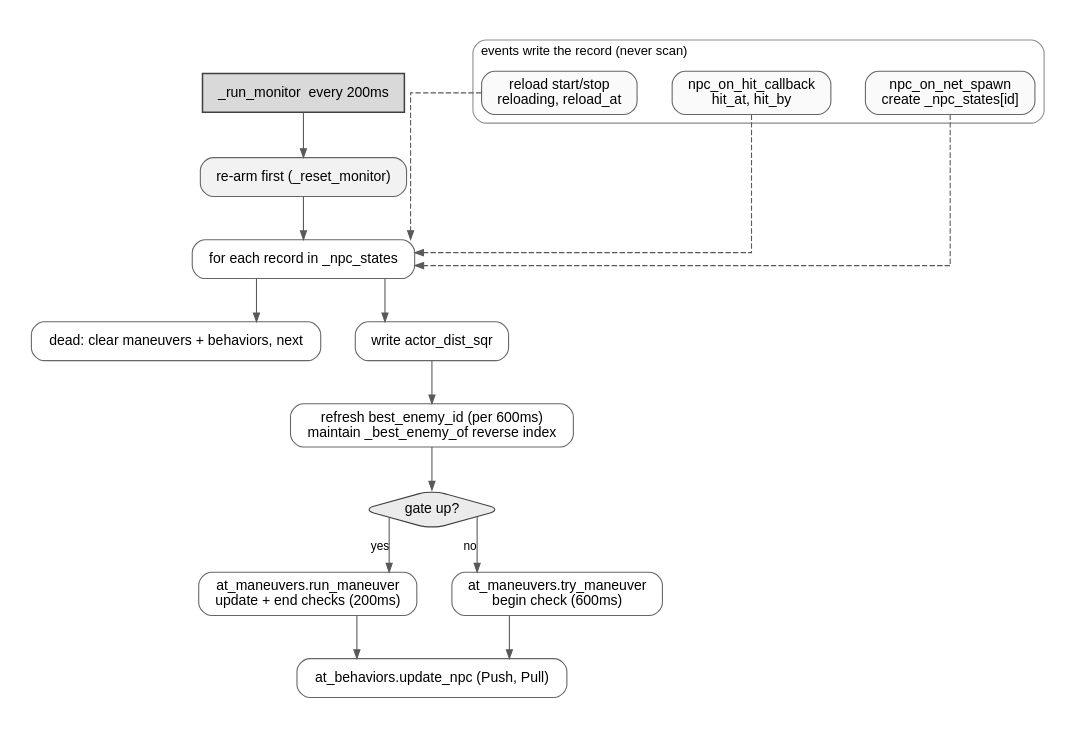
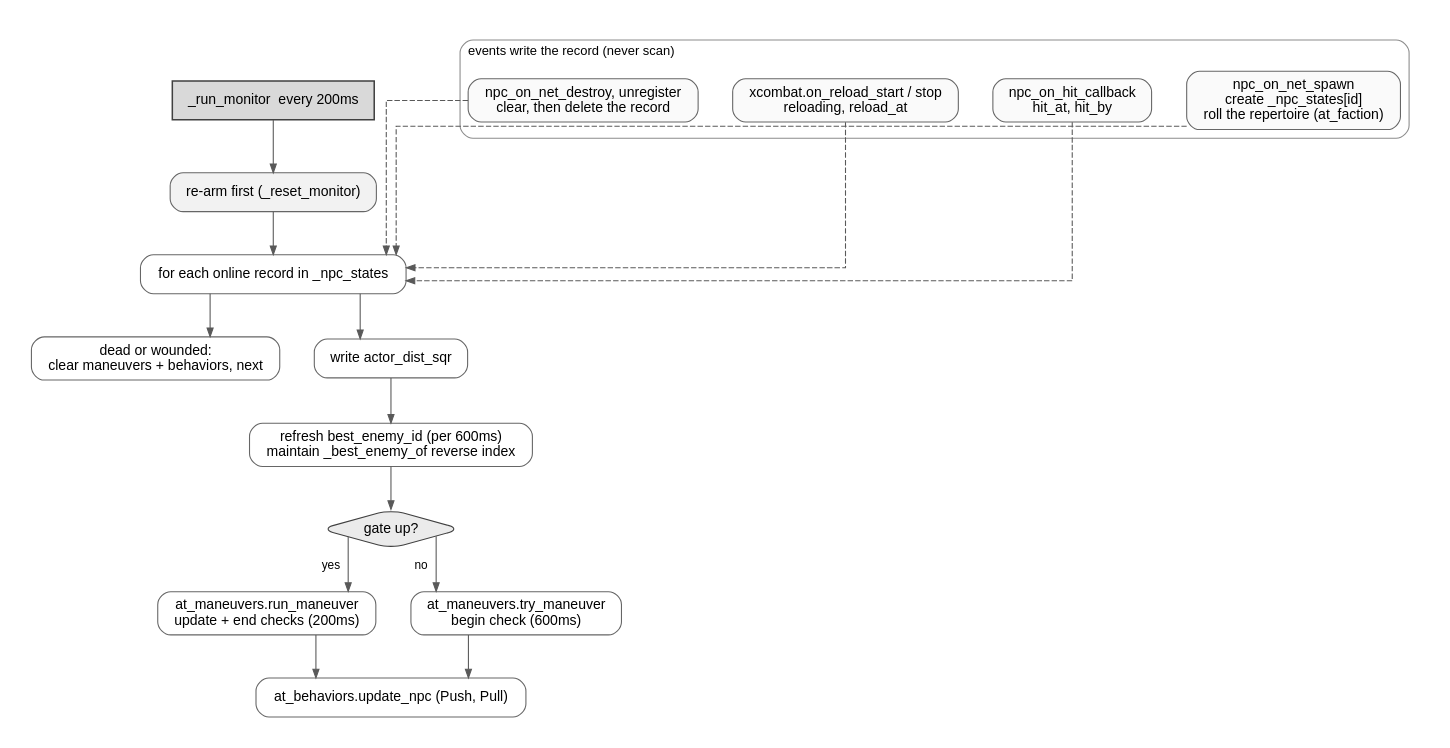
Before and after one commit to damiansirbu-stalker/AlifeTactics: the diagram in doc/img/control-loop.dot, drawn with Graphviz. The commit also changed 9 other files, not shown here.

First line of the commit message:
docs(architecture): redraw the diagrams for mutants and the decision model

```diff
--- a/doc/img/control-loop.dot
+++ b/doc/img/control-loop.dot
@@ -1,47 +1,49 @@
 digraph at_control_loop {
     // C4 level 3: the one combat loop. at_core._run_monitor, a vanilla time event, 200ms.
     rankdir=TB
     splines=ortho
     pad=0.3
     nodesep=0.45
     ranksep=0.55
     graph [fontname="Arial", fontsize=15]
     node  [shape=box, style="rounded,filled", fillcolor=white,
            color=gray40, fontname="Arial", fontsize=13, margin="0.16,0.09"]
     edge  [fontname="Arial", fontsize=11, color=gray35, arrowsize=0.8]
 
     loop [label="_run_monitor  every 200ms", style=filled, fillcolor=gray85, color=gray25, penwidth=1.4]
     arm  [label="re-arm first (_reset_monitor)", fillcolor=gray95]
-    each [label="for each record in _npc_states"]
-    dead [label="dead: clear maneuvers + behaviors, next"]
+    each [label="for each online record in _npc_states"]
+    out  [label="dead or wounded:\nclear maneuvers + behaviors, next"]
     dist [label="write actor_dist_sqr"]
     best [label="refresh best_enemy_id (per 600ms)\nmaintain _best_enemy_of reverse index"]
     gate [label="gate up?", shape=diamond, fillcolor=gray92, color=gray25, margin="0.14,0.06"]
     run  [label="at_maneuvers.run_maneuver\nupdate + end checks (200ms)"]
     try  [label="at_maneuvers.try_maneuver\nbegin check (600ms)"]
     beh  [label="at_behaviors.update_npc (Push, Pull)"]
 
     subgraph cluster_events {
         label="events write the record (never scan)"
         labeljust=l
         fontname="Arial"
         fontsize=12
         style=rounded
         color=gray55
-        ev_spawn  [label="npc_on_net_spawn\ncreate _npc_states[id]", fillcolor=gray98]
+        ev_spawn  [label="npc_on_net_spawn\ncreate _npc_states[id]\nroll the repertoire (at_faction)", fillcolor=gray98]
         ev_hit    [label="npc_on_hit_callback\nhit_at, hit_by", fillcolor=gray98]
-        ev_reload [label="reload start/stop\nreloading, reload_at", fillcolor=gray98]
+        ev_reload [label="xcombat.on_reload_start / stop\nreloading, reload_at", fillcolor=gray98]
+        ev_gone   [label="npc_on_net_destroy, unregister\nclear, then delete the record", fillcolor=gray98]
     }
 
     loop -> arm -> each
     each -> dist -> best -> gate
-    each -> dead
-    gate -> run [xlabel="yes"]
-    gate -> try [xlabel="no"]
+    each -> out
+    gate -> run [xlabel="  yes  "]
+    gate -> try [xlabel="  no  "]
     run -> beh
     try -> beh
 
     ev_spawn  -> each [style=dashed, constraint=false]
     ev_hit    -> each [style=dashed, constraint=false]
     ev_reload -> each [style=dashed, constraint=false]
+    ev_gone   -> each [style=dashed, constraint=false]
 }
```
